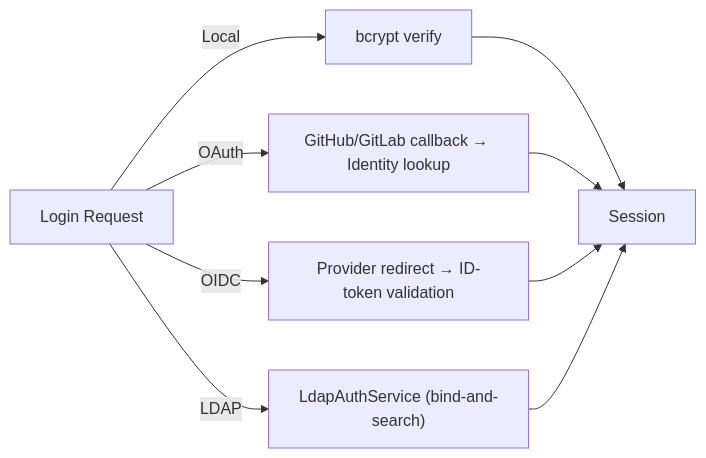
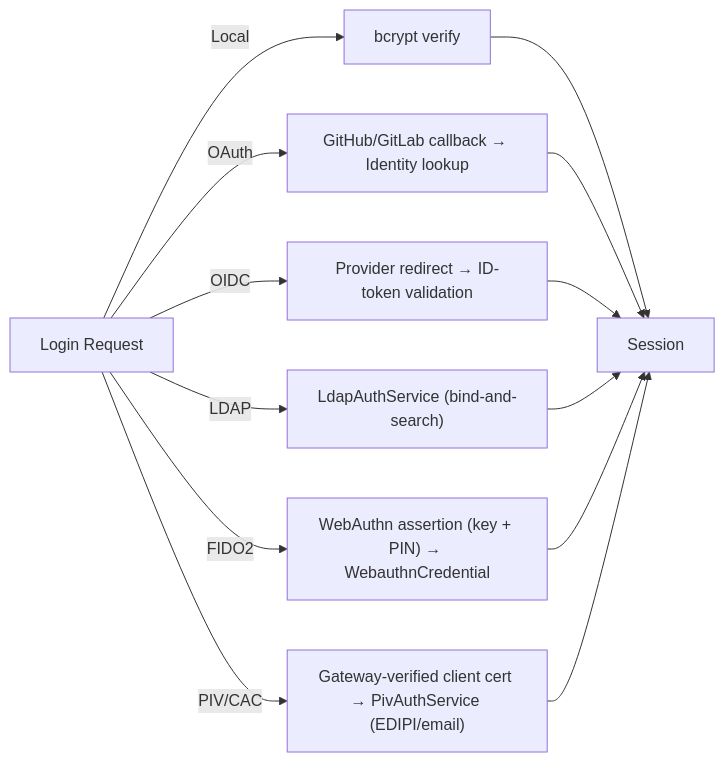
One commit to risk-sentinel/sparc changed the eighth of 8 diagrams in wiki/Architecture.md. Above: the diagram before and after it, drawn with Mermaid. The commit also changed other lines of this file and 6 other files, not shown here.

````diff
--- a/wiki/Architecture.md
+++ b/wiki/Architecture.md
@@ -191,8 +192,10 @@
 ```mermaid
 flowchart LR
     Login["Login Request"]
     Login -->|Local| Bcrypt["bcrypt verify"] --> Session
     Login -->|OAuth| OAuthCB["GitHub/GitLab callback → Identity lookup"] --> Session
     Login -->|OIDC| OIDC["Provider redirect → ID-token validation"] --> Session
     Login -->|LDAP| LDAP["LdapAuthService (bind-and-search)"] --> Session
+    Login -->|FIDO2| WebAuthn["WebAuthn assertion (key + PIN) → WebauthnCredential"] --> Session
+    Login -->|PIV/CAC| PIV["Gateway-verified client cert → PivAuthService (EDIPI/email)"] --> Session
 ```
````
